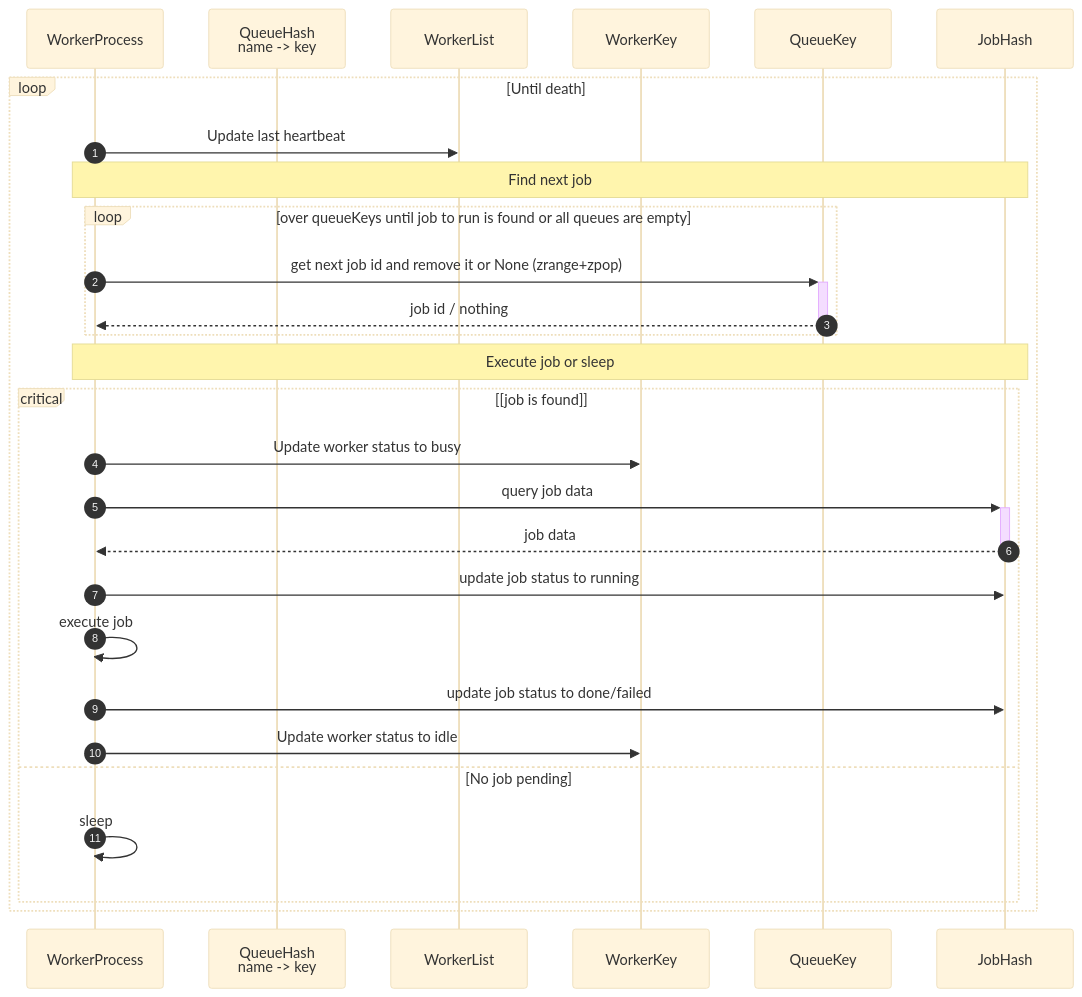
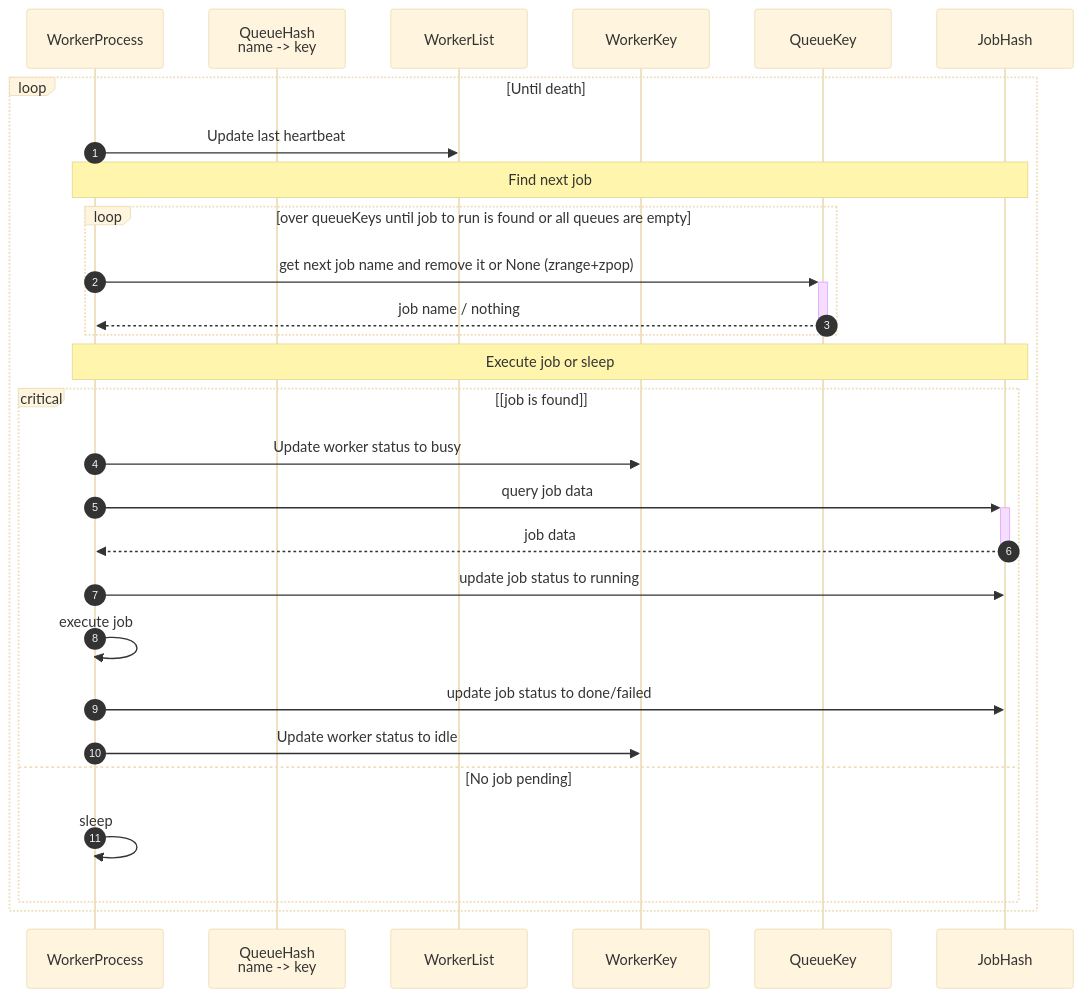
The second of 2 diagrams in docs/drt-model.md (django-commons/django-tasks-scheduler), drawn with Mermaid (base theme) before and after one commit. The commit also changed other lines of this file and 107 other files, not shown here.

````diff
--- a/docs/drt-model.md
+++ b/docs/drt-model.md
@@ -34,36 +34,36 @@
 ```mermaid
 sequenceDiagram
     autonumber
     
         participant worker as WorkerProcess
     
         participant qlist as QueueHash<br/>name -> key 
         participant wlist as WorkerList
         participant wkey as WorkerKey
         participant queue as QueueKey
         participant job as JobHash
     
     loop Until death
         worker ->> wlist: Update last heartbeat
         note over worker,job: Find next job
        
         loop over queueKeys until job to run is found or all queues are empty
-            worker ->>+ queue: get next job id and remove it or None (zrange+zpop)
-            queue -->>- worker: job id / nothing
+            worker ->>+ queue: get next job name and remove it or None (zrange+zpop)
+            queue -->>- worker: job name / nothing
         end
         
         note over worker,job: Execute job or sleep
         critical [job is found]
             worker ->> wkey: Update worker status to busy
             worker ->>+ job: query job data
             job -->>- worker: job data
     
             worker ->> job: update job status to running
             worker ->> worker: execute job
             worker ->> job: update job status to done/failed
             worker ->> wkey: Update worker status to idle
         option No job pending
             worker ->> worker: sleep    
         end  
     end
 ```
````
